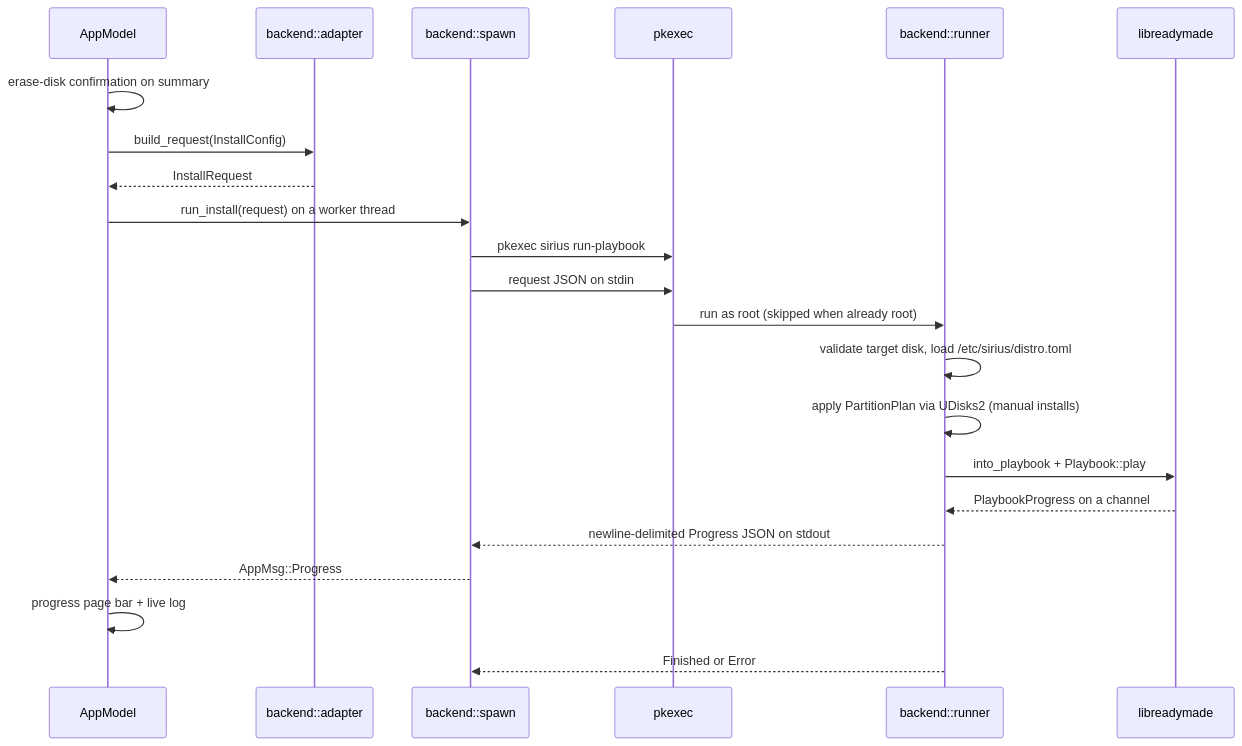
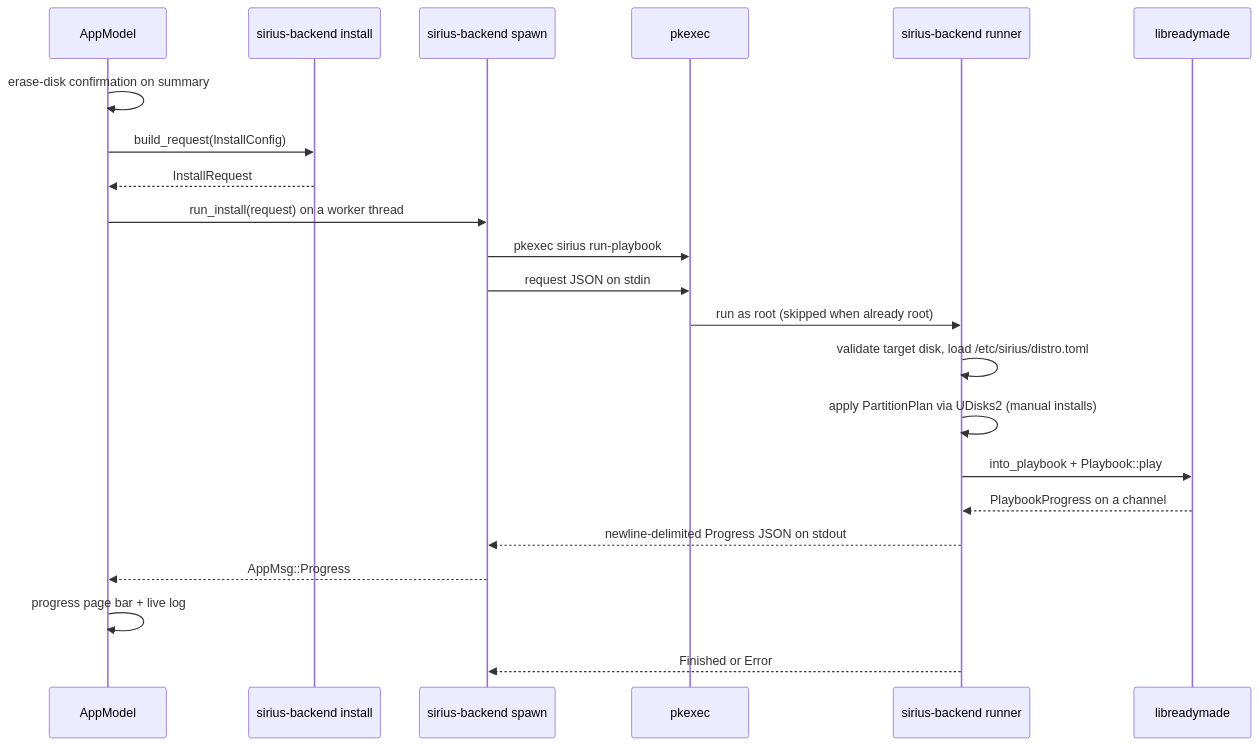
One commit to luminusOS/sirius changed the fourth of 8 diagrams in ARCHITECTURE.md. Above: the diagram before and after it, drawn with Mermaid. The commit also changed other lines of this file and 103 other files, not shown here.

````diff
--- a/ARCHITECTURE.md
+++ b/ARCHITECTURE.md
@@ -122,25 +154,25 @@
 ```mermaid
 sequenceDiagram
   participant UI as AppModel
-  participant Ad as backend::adapter
-  participant Sp as backend::spawn
+  participant Ad as sirius-backend install
+  participant Sp as sirius-backend spawn
   participant Pk as pkexec
-  participant Rn as backend::runner
+  participant Rn as sirius-backend runner
   participant Rm as libreadymade
 
   UI->>UI: erase-disk confirmation on summary
   UI->>Ad: build_request(InstallConfig)
   Ad-->>UI: InstallRequest
   UI->>Sp: run_install(request) on a worker thread
   Sp->>Pk: pkexec sirius run-playbook
   Sp->>Pk: request JSON on stdin
   Pk->>Rn: run as root (skipped when already root)
   Rn->>Rn: validate target disk, load /etc/sirius/distro.toml
   Rn->>Rn: apply PartitionPlan via UDisks2 (manual installs)
   Rn->>Rm: into_playbook + Playbook::play
   Rm-->>Rn: PlaybookProgress on a channel
   Rn-->>Sp: newline-delimited Progress JSON on stdout
   Sp-->>UI: AppMsg::Progress
   UI->>UI: progress page bar + live log
   Rn-->>Sp: Finished or Error
 ```
````
